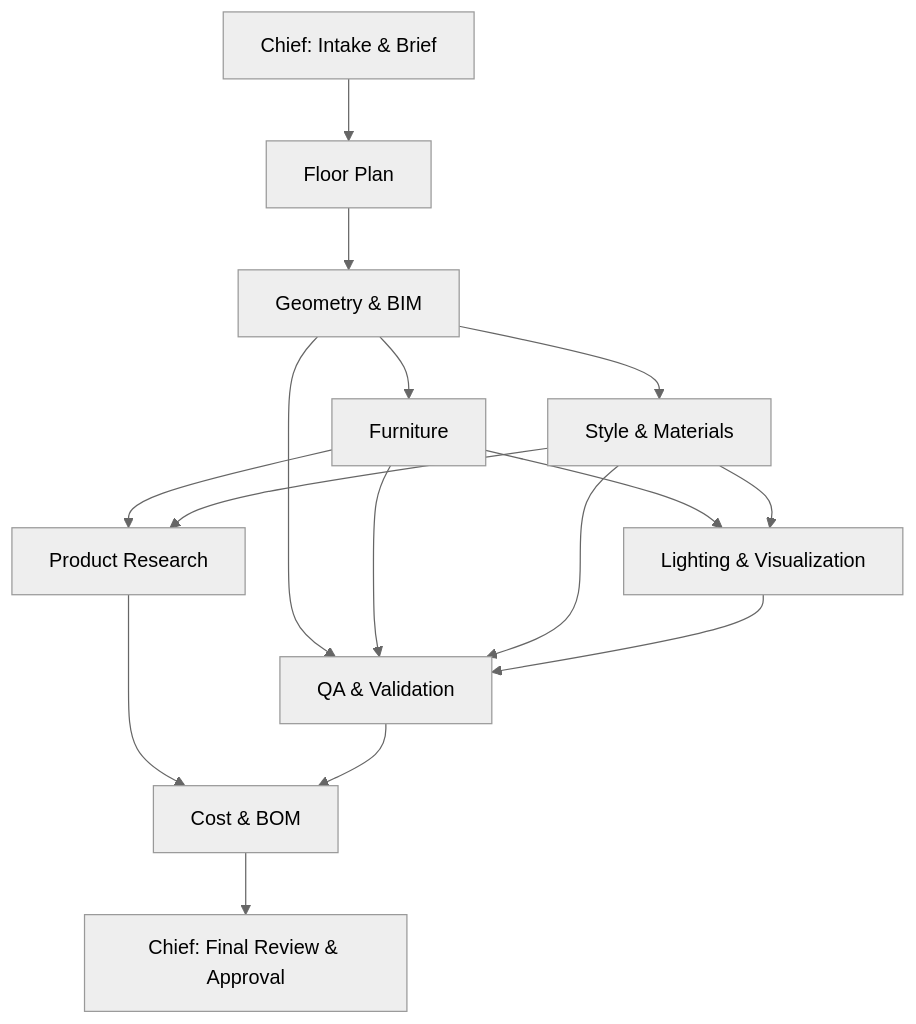
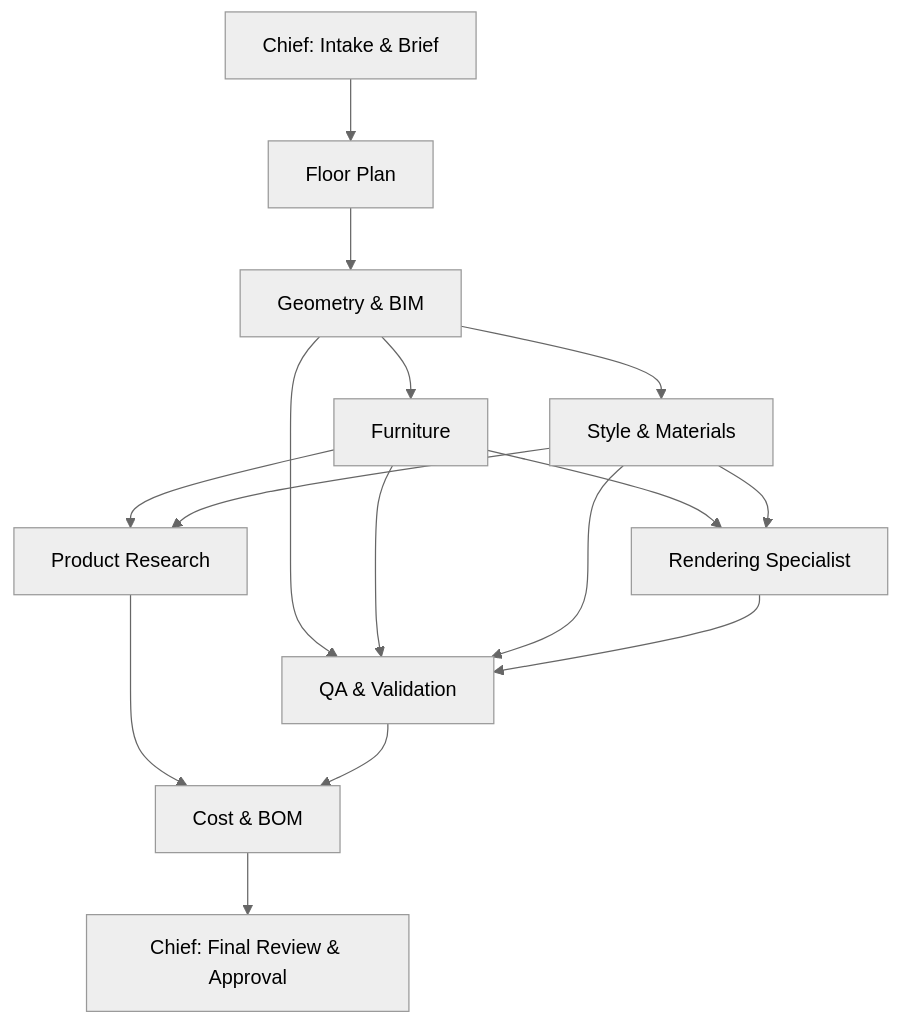
The second of 2 diagrams in docs/WORKFLOW_SCHEMA.md (vuhuy2901/interiorAI), drawn with Mermaid (neutral theme) before and after one commit. The commit also changed 3 other files, not shown here.

Commit message:
refactor(workflow): consolidate lighting agent into geometry, style and rendering (FEAT-2026-038)

````diff
--- a/docs/WORKFLOW_SCHEMA.md
+++ b/docs/WORKFLOW_SCHEMA.md
@@ -57,18 +57,18 @@
 ```mermaid
 flowchart TD
     ChiefIntake["Chief: Intake & Brief"] --> FloorPlan["Floor Plan"]
     FloorPlan --> Geometry["Geometry & BIM"]
     Geometry --> Furniture["Furniture"]
     Geometry --> Style["Style & Materials"]
-    Furniture --> Lighting["Lighting & Visualization"]
-    Style --> Lighting
+    Furniture --> Render["Rendering Specialist"]
+    Style --> Render
     Furniture --> Research["Product Research"]
     Style --> Research
     Geometry --> QA["QA & Validation"]
     Furniture --> QA
     Style --> QA
-    Lighting --> QA
+    Render --> QA
     Research --> Cost["Cost & BOM"]
     QA --> Cost
     Cost --> ChiefReview["Chief: Final Review & Approval"]
 ```
````
